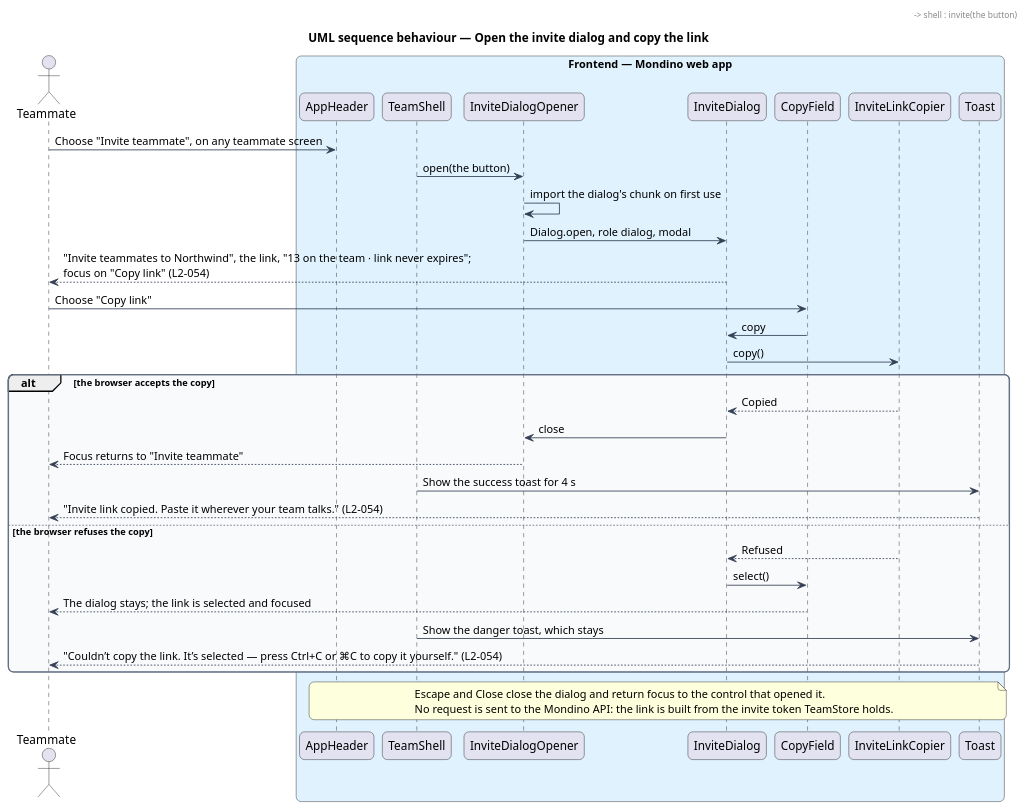
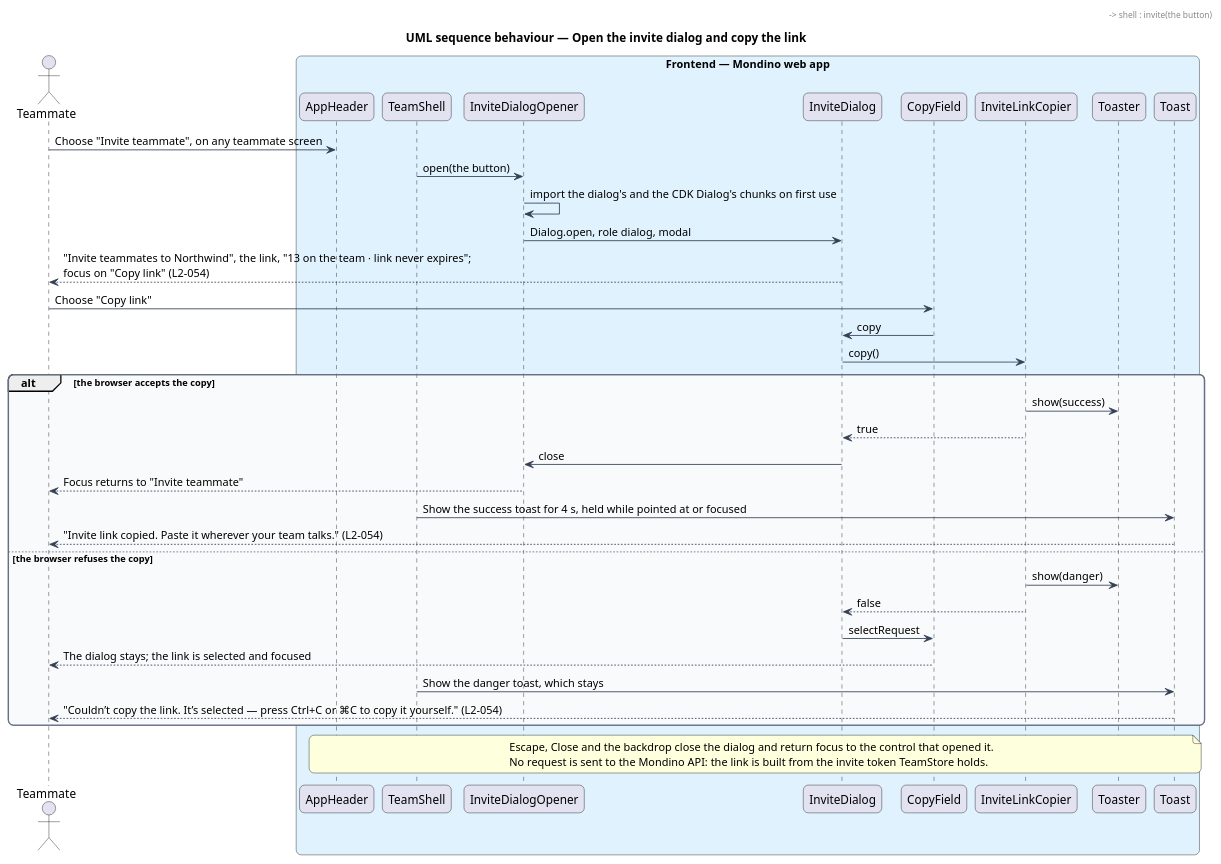
One commit to QuinntyneBrown/Mondino changed the diagram in docs/detailed-designs/joining/invite-teammates/diagrams/sequence-copy-invite-link.puml. Above: the diagram before and after it, drawn with PlantUML. The commit also changed 10 other files, not shown here.

```diff
--- a/docs/detailed-designs/joining/invite-teammates/diagrams/sequence-copy-invite-link.puml
+++ b/docs/detailed-designs/joining/invite-teammates/diagrams/sequence-copy-invite-link.puml
@@ -1,53 +1,56 @@
 @startuml
 title UML sequence behaviour — Open the invite dialog and copy the link
 skinparam backgroundColor #FFFFFF
 skinparam shadowing false
 skinparam roundcorner 12
 skinparam defaultFontName Arial
 skinparam ArrowColor #344054
 skinparam rectangle {
   BorderColor #344054
   FontColor #101828
 }
 skinparam package {
   BorderColor #667085
   FontColor #101828
   BackgroundColor #F9FAFB
 }
 actor "Teammate" as actor
 box "Frontend — Mondino web app" #E0F2FE
   participant "AppHeader" as header
   participant "TeamShell" as shell
   participant "InviteDialogOpener" as opener
   participant "InviteDialog" as dialog
   participant "CopyField" as field
   participant "InviteLinkCopier" as copier
+  participant "Toaster" as toaster
   participant "Toast" as toast
 end box
 actor -> header : Choose "Invite teammate", on any teammate screen
 header -> shell : invite(the button)
 shell -> opener : open(the button)
-opener -> opener : import the dialog's chunk on first use
+opener -> opener : import the dialog's and the CDK Dialog's chunks on first use
 opener -> dialog : Dialog.open, role dialog, modal
 dialog --> actor : "Invite teammates to Northwind", the link, "13 on the team · link never expires";\nfocus on "Copy link" (L2-054)
 actor -> field : Choose "Copy link"
 field -> dialog : copy
 dialog -> copier : copy()
 alt the browser accepts the copy
-  copier --> dialog : Copied
+  copier -> toaster : show(success)
+  copier --> dialog : true
   dialog -> opener : close
   opener --> actor : Focus returns to "Invite teammate"
-  shell -> toast : Show the success toast for 4 s
+  shell -> toast : Show the success toast for 4 s, held while pointed at or focused
   toast --> actor : "Invite link copied. Paste it wherever your team talks." (L2-054)
 else the browser refuses the copy
-  copier --> dialog : Refused
-  dialog -> field : select()
+  copier -> toaster : show(danger)
+  copier --> dialog : false
+  dialog -> field : selectRequest
   field --> actor : The dialog stays; the link is selected and focused
   shell -> toast : Show the danger toast, which stays
   toast --> actor : "Couldn’t copy the link. It’s selected — press Ctrl+C or ⌘C to copy it yourself." (L2-054)
 end
 note over header, toast
-  Escape and Close close the dialog and return focus to the control that opened it.
+  Escape, Close and the backdrop close the dialog and return focus to the control that opened it.
   No request is sent to the Mondino API: the link is built from the invite token TeamStore holds.
 end note
 @enduml
```
